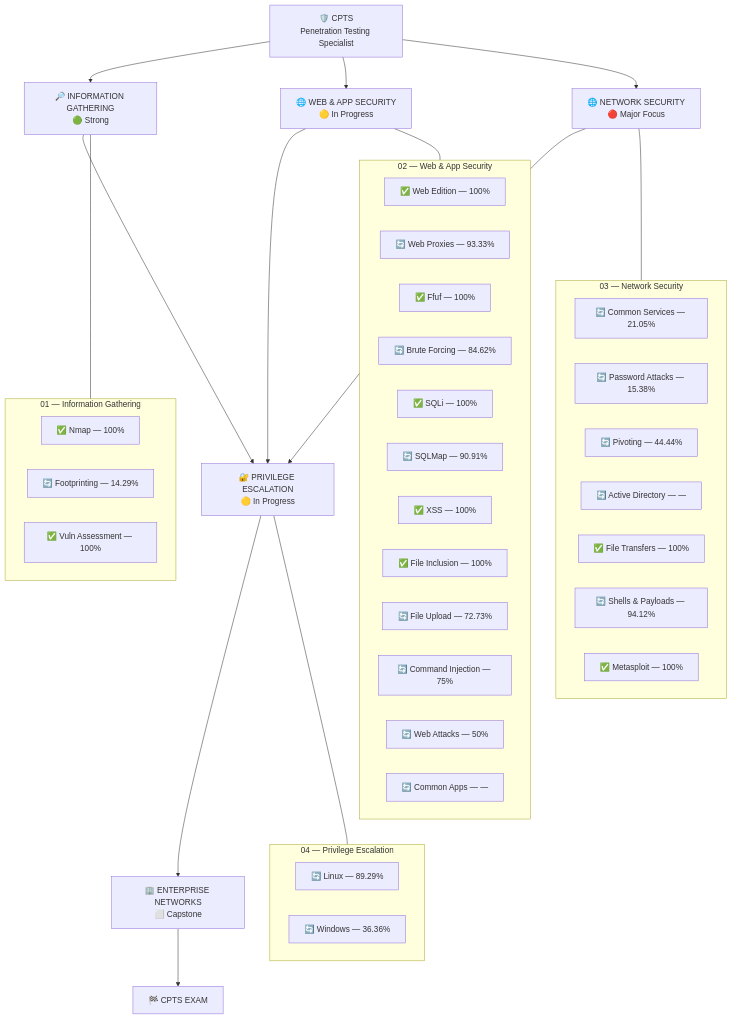
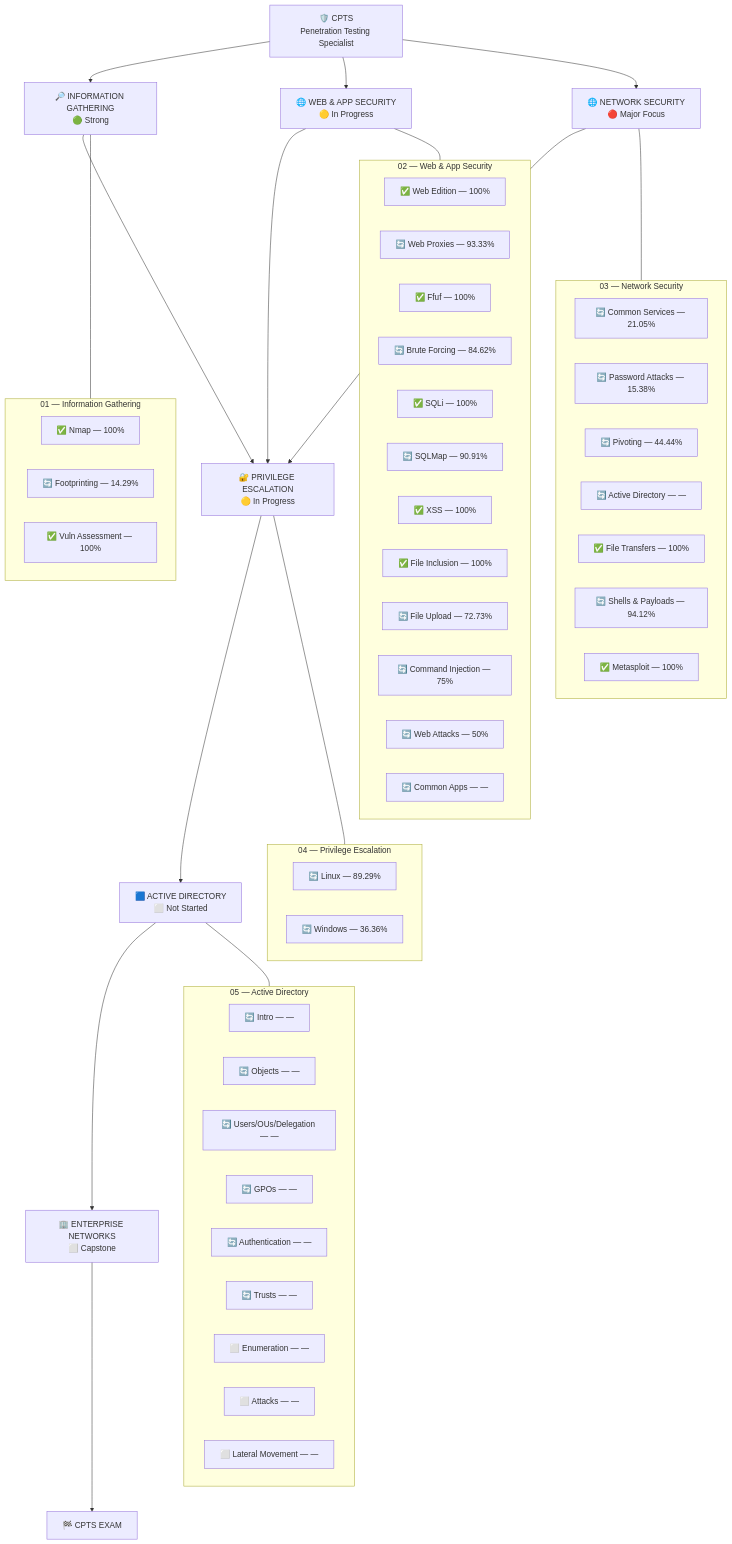
Before and after one commit to romeo-mhakayakora/CPTS: the diagram in README.md, drawn with Mermaid. The commit also changed other lines of this file and 13 other files, not shown here.

Commit message:
Add 05 Active Directory domain with ad-basics notes (intro, objects, users/OUs/delegation, GPOs, authentication, trees/forests/trusts) and wire into dashboard, SUMMARY and mkdocs nav

````diff
--- a/README.md
+++ b/README.md
@@ -20,12 +20,13 @@
     WEB["🌐 WEB & APP SECURITY<br/>🟡 In Progress"]
     NET["🌐 NETWORK SECURITY<br/>🔴 Major Focus"]
     PRIV["🔐 PRIVILEGE ESCALATION<br/>🟡 In Progress"]
+    ADMOD["🟦 ACTIVE DIRECTORY<br/>⬜ Not Started"]
     CAP["🏢 ENTERPRISE NETWORKS<br/>⬜ Capstone"]
     EXAM["🏁 CPTS EXAM"]
 
     CPTS --> IG & WEB & NET
     IG & WEB & NET --> PRIV
-    PRIV --> CAP --> EXAM
+    PRIV --> ADMOD --> CAP --> EXAM
 
     subgraph IG_MODS ["01 — Information Gathering"]
         NMAP["✅ Nmap — 100%"]
@@ -63,10 +64,23 @@
         WINDOWS["🔄 Windows — 36.36%"]
     end
 
+    subgraph AD_MODS ["05 — Active Directory"]
+        ADINTRO["🔄 Intro — —"]
+        ADOBJ["🔄 Objects — —"]
+        ADMGMT["🔄 Users/OUs/Delegation — —"]
+        ADGPO["🔄 GPOs — —"]
+        ADAUTH["🔄 Authentication — —"]
+        ADTRUST["🔄 Trusts — —"]
+        ADENUM["⬜ Enumeration — —"]
+        ADATK["⬜ Attacks — —"]
+        ADLAT["⬜ Lateral Movement — —"]
+    end
+
     IG --- IG_MODS
     WEB --- WEB_MODS
     NET --- NET_MODS
     PRIV --- PRIV_MODS
+    ADMOD --- AD_MODS
 
     click NMAP href "./01-information-gathering/network-enumeration-nmap.md"
     click FOOT href "./01-information-gathering/footprinting.md"
@@ -92,5 +106,14 @@
     click MSF href "./03-network-security/using-metasploit-framework.md"
     click LINUX href "./04-privilege-escalation/linux-privilege-escalation.md"
     click WINDOWS href "./04-privilege-escalation/windows-privilege-escalation.md"
+    click ADINTRO href "./05-active-directory/ad-basics/windows-domains-intro.md"
+    click ADOBJ href "./05-active-directory/ad-basics/ad-objects-accounts-organisation.md"
+    click ADMGMT href "./05-active-directory/ad-basics/managing-users-ous-delegation.md"
+    click ADGPO href "./05-active-directory/ad-basics/group-policy-objects.md"
+    click ADAUTH href "./05-active-directory/ad-basics/authentication-kerberos-netntlm.md"
+    click ADTRUST href "./05-active-directory/ad-basics/trees-forests-trusts.md"
+    click ADENUM href "./05-active-directory/enumeration.md"
+    click ADATK href "./05-active-directory/attacks.md"
+    click ADLAT href "./05-active-directory/lateral-movement.md"
     click CAP href "./supporting/attacking-enterprise-networks.md"
 ```
````
